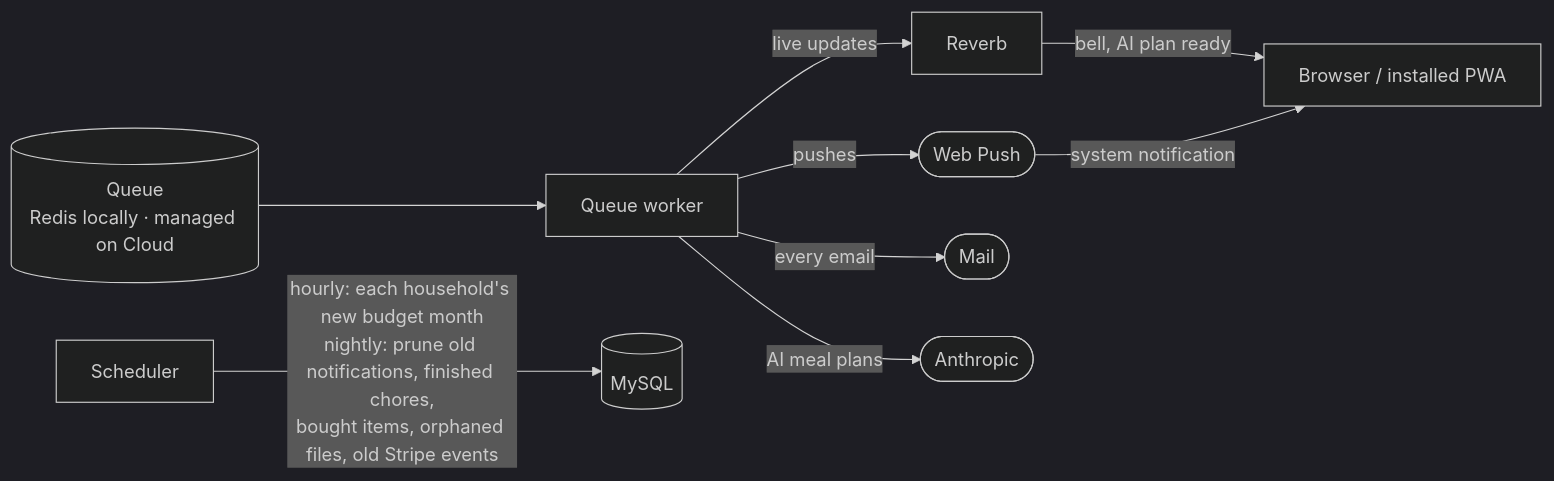
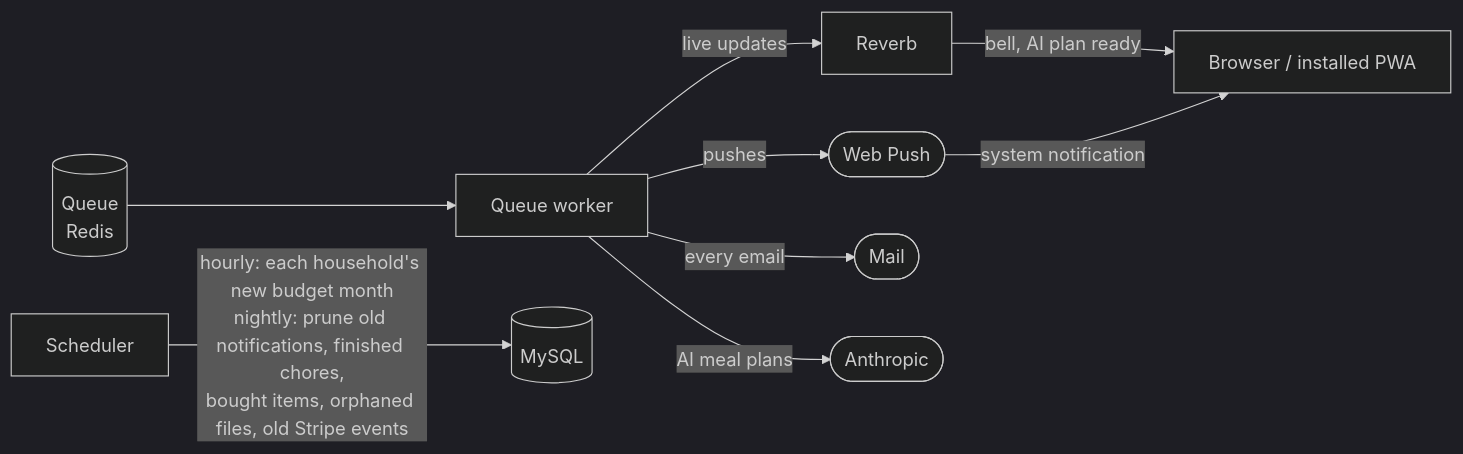
The second of 2 diagrams in README.md (owensanders/ryh), drawn with Mermaid (dark theme) before and after one commit. The commit also changed other lines of this file and 1 other file, not shown here.

````diff
--- a/README.md
+++ b/README.md
@@ -246,19 +261,19 @@
 ```mermaid
 flowchart LR
-    queue[("Queue<br/>Redis locally · managed on Cloud")]
+    queue[("Queue<br/>Redis")]
     worker["Queue worker"]
     scheduler["Scheduler"]
     reverb["Reverb"]
     browser["Browser / installed PWA"]
     push(["Web Push"])
     mail(["Mail"])
     anthropic(["Anthropic"])
     mysql[("MySQL")]
 
     queue --> worker
     worker -->|"live updates"| reverb -->|"bell, AI plan ready"| browser
     worker -->|"pushes"| push -->|"system notification"| browser
     worker -->|"every email"| mail
     worker -->|"AI meal plans"| anthropic
     scheduler -->|"hourly: each household's new budget month<br/>nightly: prune old notifications, finished chores,<br/>bought items, orphaned files, old Stripe events"| mysql
 ```
````
